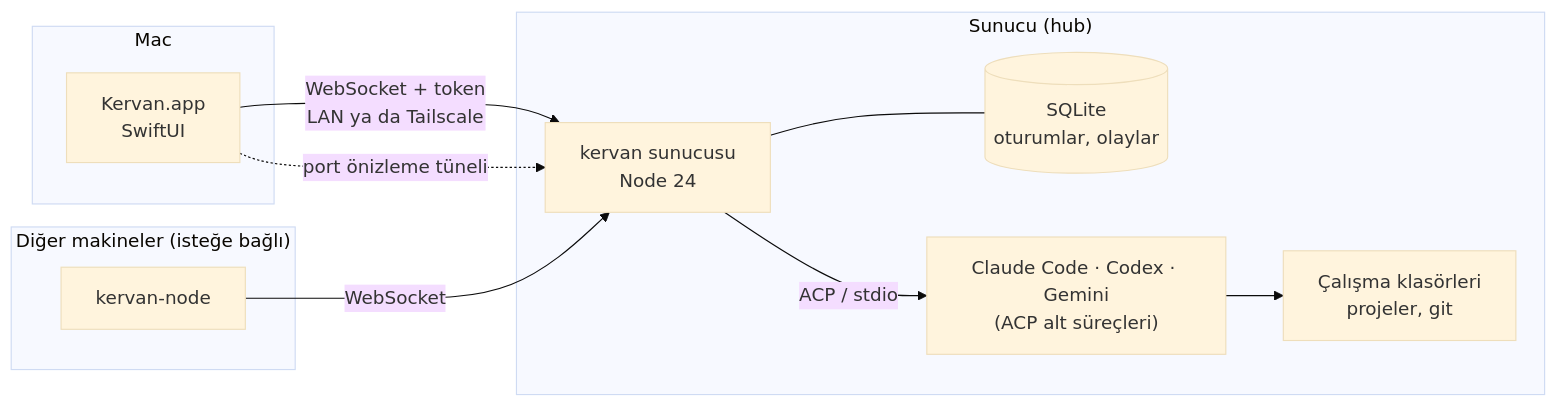
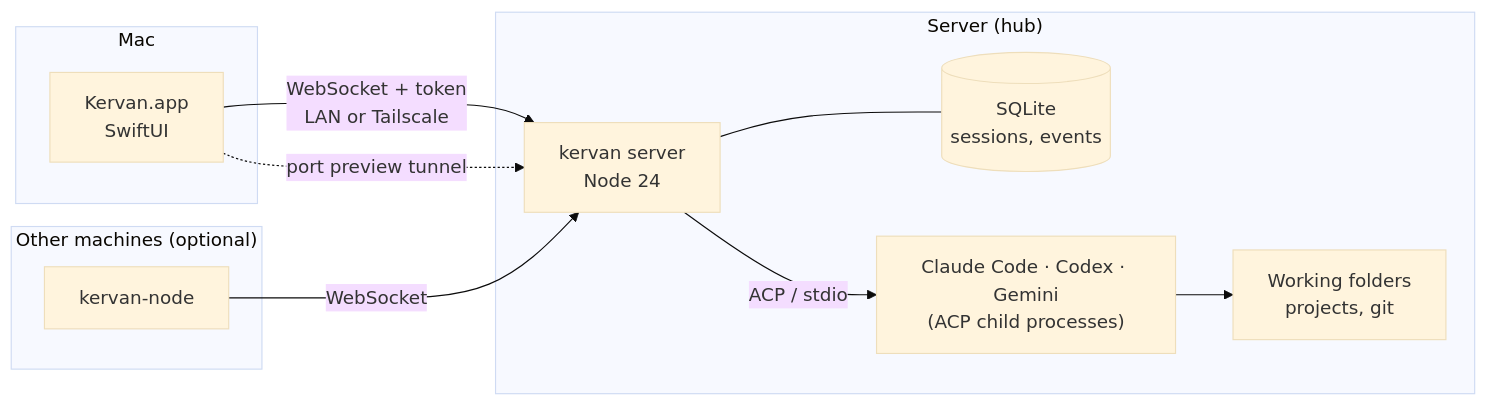
The diagram in README.md (enesyaks/Kervan), drawn with Mermaid (base theme) before and after one commit. The commit also changed other lines of this file and 78 other files, not shown here.

````diff
--- a/README.md
+++ b/README.md
@@ -148,21 +152,21 @@
 ```mermaid
 flowchart LR
     subgraph Mac["Mac"]
         App["Kervan.app<br/>SwiftUI"]
     end
-    subgraph Hub["Sunucu (hub)"]
-        Server["kervan sunucusu<br/>Node 24"]
-        DB[("SQLite<br/>oturumlar, olaylar")]
-        Agents["Claude Code · Codex · Gemini<br/>(ACP alt süreçleri)"]
-        Work["Çalışma klasörleri<br/>projeler, git"]
+    subgraph Hub["Server (hub)"]
+        Server["kervan server<br/>Node 24"]
+        DB[("SQLite<br/>sessions, events")]
+        Agents["Claude Code · Codex · Gemini<br/>(ACP child processes)"]
+        Work["Working folders<br/>projects, git"]
         Server --- DB
         Server -- "ACP / stdio" --> Agents
         Agents --> Work
     end
-    subgraph Node["Diğer makineler (isteğe bağlı)"]
+    subgraph Node["Other machines (optional)"]
         NodeAgent["kervan-node"]
     end
-    App -- "WebSocket + token<br/>LAN ya da Tailscale" --> Server
-    App -. "port önizleme tüneli" .-> Server
+    App -- "WebSocket + token<br/>LAN or Tailscale" --> Server
+    App -. "port preview tunnel" .-> Server
     NodeAgent -- "WebSocket" --> Server
 ```
````
